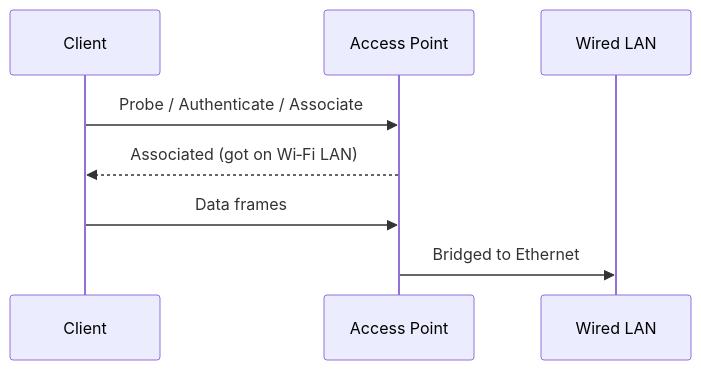
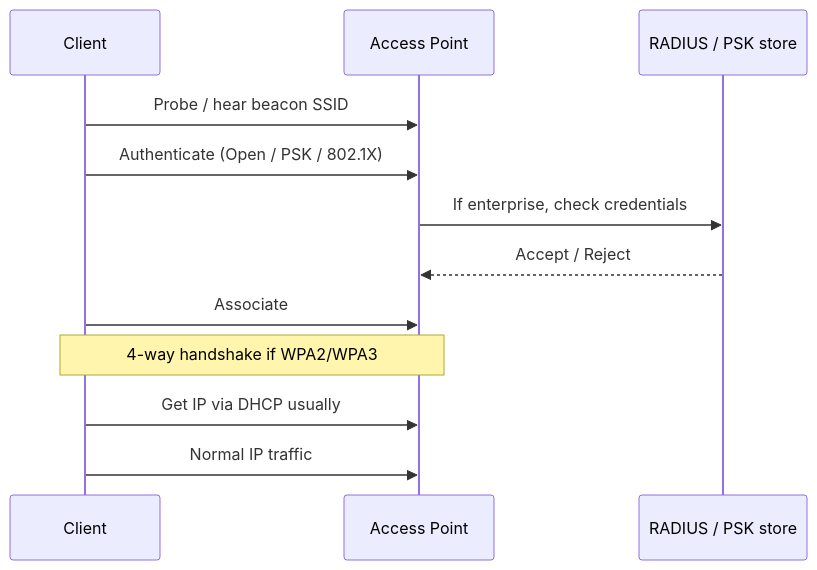
Before and after one commit to omnayak27199/pktana: the fourth of 10 diagrams in learning/09-wireless-networking.md, drawn with Mermaid. The commit also changed other lines of this file and 14 other files, not shown here.

````diff
--- a/learning/09-wireless-networking.md
+++ b/learning/09-wireless-networking.md
@@ -11,10 +105,14 @@
 ```mermaid
 sequenceDiagram
-  participant Client
+  participant C as Client
   participant AP as Access Point
-  participant LAN as Wired LAN
-  Client->>AP: Probe / Authenticate / Associate
-  AP-->>Client: Associated (got on Wi‑Fi LAN)
-  Client->>AP: Data frames
-  AP->>LAN: Bridged to Ethernet
+  participant AAA as RADIUS / PSK store
+  C->>AP: Probe / hear beacon SSID
+  C->>AP: Authenticate (Open / PSK / 802.1X)
+  AP->>AAA: If enterprise, check credentials
+  AAA-->>AP: Accept / Reject
+  C->>AP: Associate
+  Note over C,AP: 4-way handshake if WPA2/WPA3
+  C->>AP: Get IP via DHCP usually
+  C->>AP: Normal IP traffic
 ```
````
